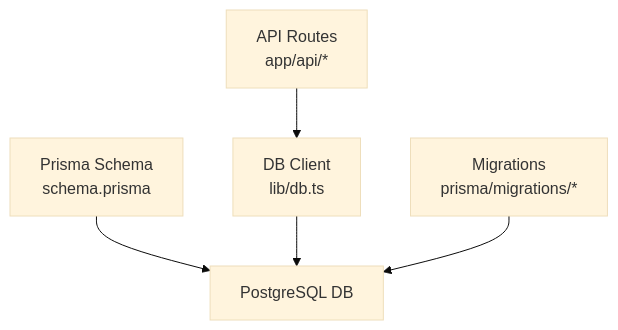
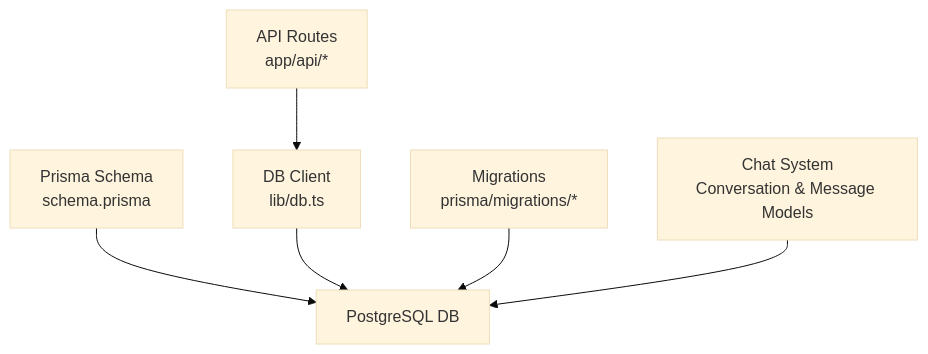
The first of 10 diagrams in .qoder/repowiki/en/content/System Architecture/Database Design & Schema.md (Javeria-Javaid/ai-powered-pet-healthcare-ecosystem), drawn with Mermaid (base theme) before and after one commit. The commit also changed other lines of this file and 37 other files, not shown here.

````diff
--- a/.qoder/repowiki/en/content/System Architecture/Database Design & Schema.md
+++ b/.qoder/repowiki/en/content/System Architecture/Database Design & Schema.md
@@ -34,7 +49,8 @@
 ```mermaid
 graph TB
 A["Prisma Schema<br/>schema.prisma"] --> B["PostgreSQL DB"]
 C["DB Client<br/>lib/db.ts"] --> B
 D["API Routes<br/>app/api/*"] --> C
 E["Migrations<br/>prisma/migrations/*"] --> B
+F["Chat System<br/>Conversation & Message Models"] --> B
 ```
````
